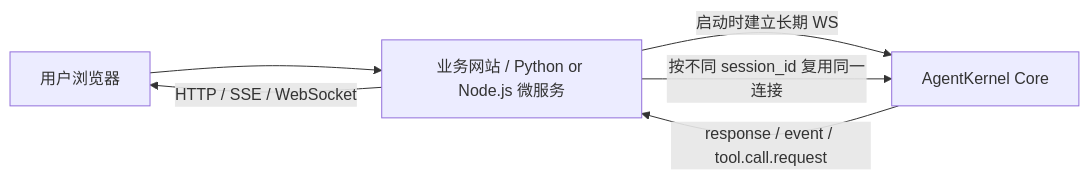
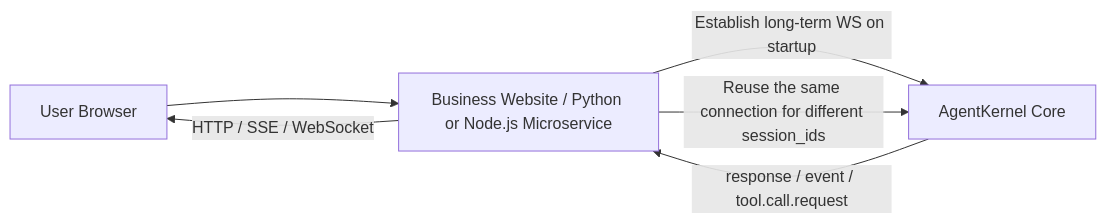
The first of 2 diagrams in README.md (yuan71058/AgentKernel), drawn with Mermaid before and after one commit. The commit also changed other lines of this file and 1 other file, not shown here.

````diff
--- a/README.md
+++ b/README.md
@@ -51,8 +55,8 @@
 ```mermaid
 flowchart LR
-    U[用户浏览器] --> B[业务网站 / Python or Node.js 微服务]
-    B -->|启动时建立长期 WS| K[AgentKernel Core]
-    B -->|按不同 session_id 复用同一连接| K
+    U[User Browser] --> B[Business Website / Python or Node.js Microservice]
+    B -->|Establish long-term WS on startup| K[AgentKernel Core]
+    B -->|Reuse the same connection for different session_ids| K
     K -->|response / event / tool.call.request| B
     B -->|HTTP / SSE / WebSocket| U
 ```
````
